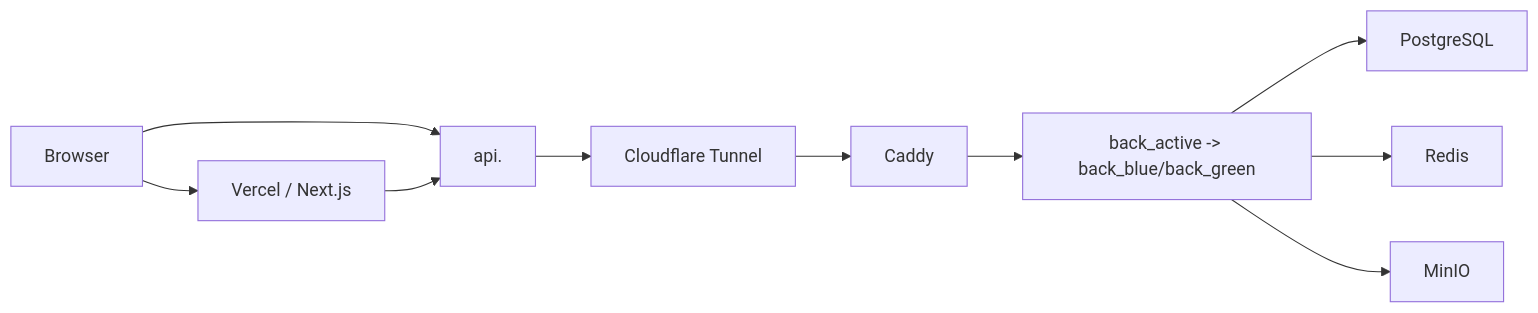
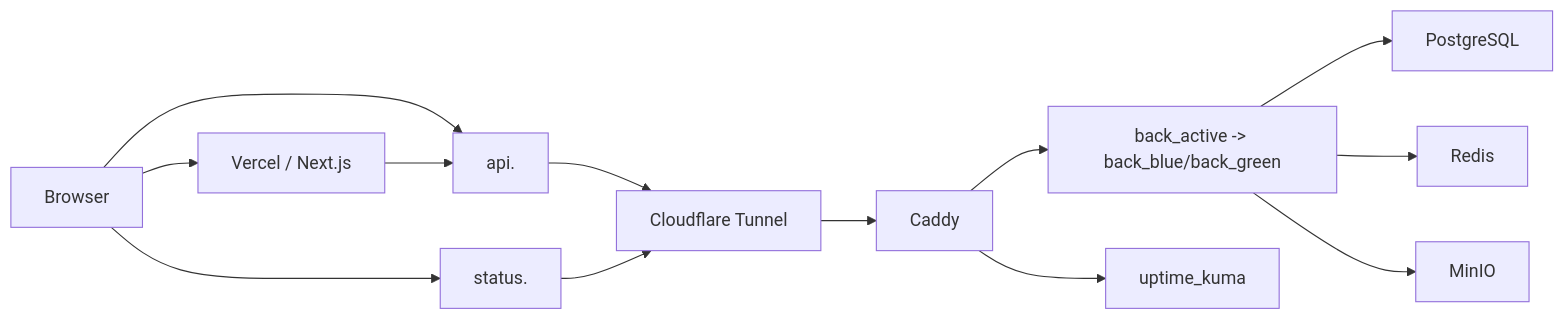
Before and after one commit to AquilaXk/aquila-blog: the first of 2 diagrams in docs/design/Infrastructure-Architecture.md, drawn with Mermaid. The commit also changed other lines of this file and 5 other files, not shown here.

Commit message:
feat(ops): add uptime-kuma integration and admin monitoring embed

````diff
--- a/docs/design/Infrastructure-Architecture.md
+++ b/docs/design/Infrastructure-Architecture.md
@@ -19,12 +19,15 @@
 ```mermaid
 flowchart LR
     User["Browser"] --> Front["Vercel / Next.js"]
     User --> Api["api.<domain>"]
+    User --> Status["status.<domain>"]
     Front --> Api
     Api --> Tunnel["Cloudflare Tunnel"]
+    Status --> Tunnel
     Tunnel --> Caddy["Caddy"]
     Caddy --> Back["back_active -> back_blue/back_green"]
+    Caddy --> Kuma["uptime_kuma"]
     Back --> DB["PostgreSQL"]
     Back --> Redis["Redis"]
     Back --> MinIO["MinIO"]
 ```
````
